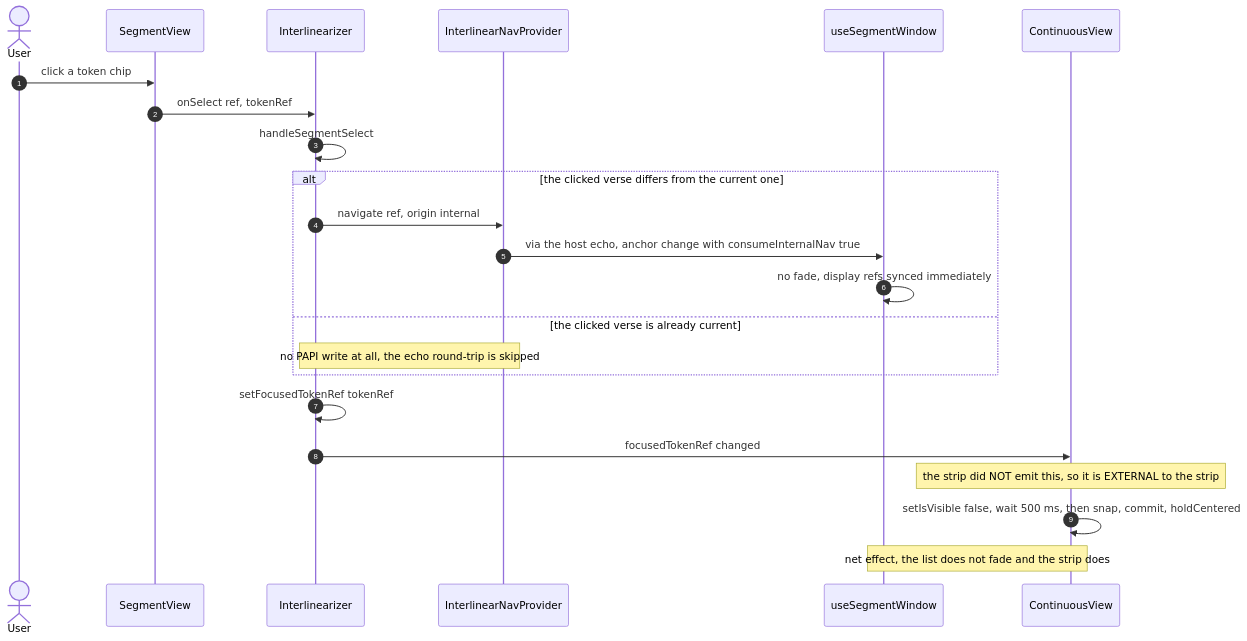
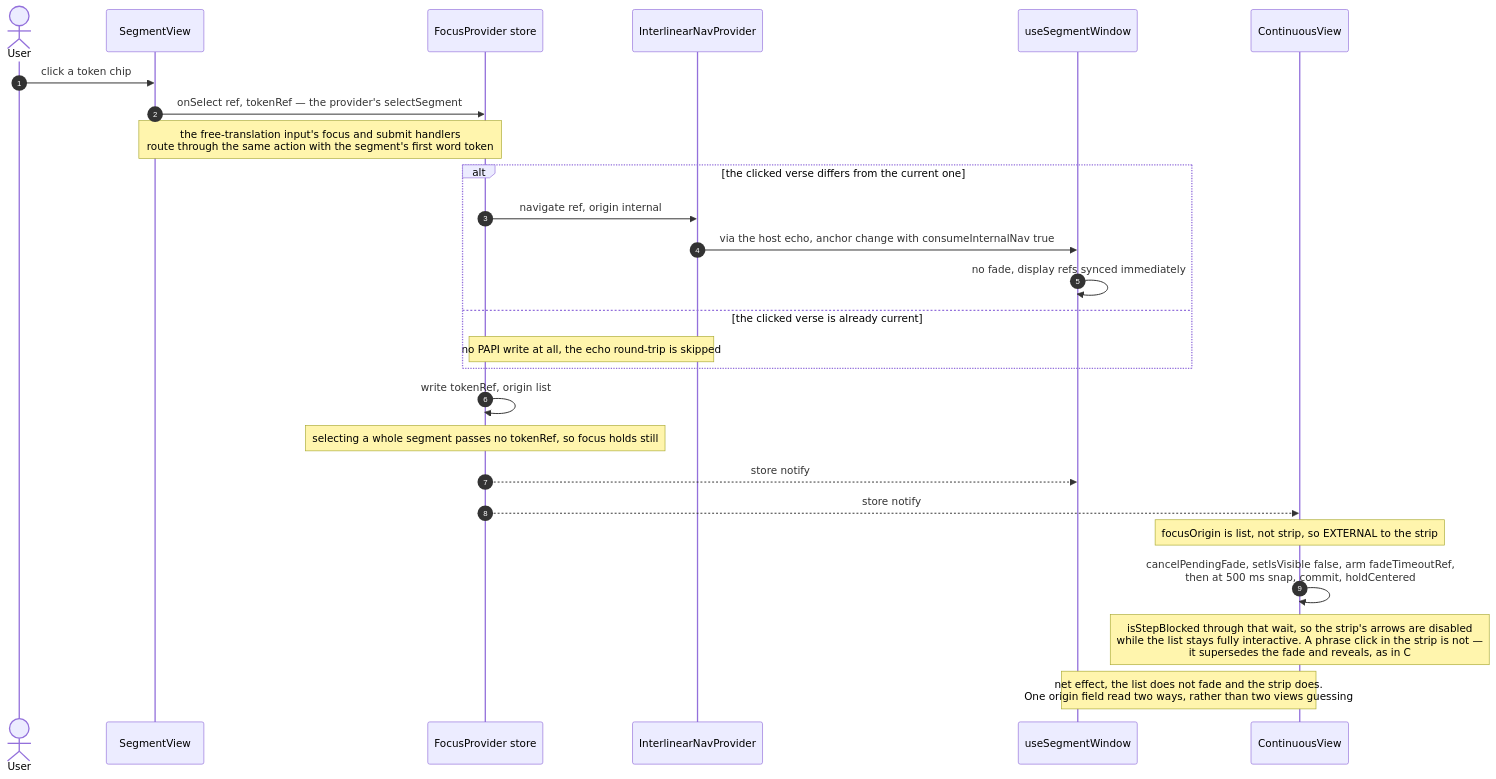
The fourth of 6 diagrams in docs/navigation/04-scenarios.md (sillsdev/interlinearizer-extension), drawn with Mermaid before and after one commit. The commit also changed other lines of this file and 3 other files, not shown here.

````diff
--- a/docs/navigation/04-scenarios.md
+++ b/docs/navigation/04-scenarios.md
@@ -148,28 +186,31 @@
 ```mermaid
 sequenceDiagram
     autonumber
     actor U as User
     participant SV as SegmentView
-    participant I as Interlinearizer
+    participant F as FocusProvider store
     participant N as InterlinearNavProvider
     participant W as useSegmentWindow
     participant S as ContinuousView
 
     U->>SV: click a token chip
-    SV->>I: onSelect ref, tokenRef
-    I->>I: handleSegmentSelect
+    SV->>F: onSelect ref, tokenRef — the provider's selectSegment
+    Note over SV,F: the free-translation input's focus and submit handlers<br/>route through the same action with the segment's first word token
 
     alt the clicked verse differs from the current one
-        I->>N: navigate ref, origin internal
+        F->>N: navigate ref, origin internal
         N->>W: via the host echo, anchor change with consumeInternalNav true
         W->>W: no fade, display refs synced immediately
     else the clicked verse is already current
-        Note over I,N: no PAPI write at all, the echo round-trip is skipped
+        Note over F,N: no PAPI write at all, the echo round-trip is skipped
     end
 
-    I->>I: setFocusedTokenRef tokenRef
-    I->>S: focusedTokenRef changed
-    Note over S: the strip did NOT emit this, so it is EXTERNAL to the strip
-    S->>S: setIsVisible false, wait 500 ms, then snap, commit, holdCentered
-    Note over W,S: net effect, the list does not fade and the strip does
+    F->>F: write tokenRef, origin list
+    Note over F: selecting a whole segment passes no tokenRef, so focus holds still
+    F-->>W: store notify
+    F-->>S: store notify
+    Note over S: focusOrigin is list, not strip, so EXTERNAL to the strip
+    S->>S: cancelPendingFade, setIsVisible false, arm fadeTimeoutRef,<br/>then at 500 ms snap, commit, holdCentered
+    Note over S: isStepBlocked through that wait, so the strip's arrows are disabled<br/>while the list stays fully interactive. A phrase click in the strip is not —<br/>it supersedes the fade and reveals, as in C
+    Note over W,S: net effect, the list does not fade and the strip does.<br/>One origin field read two ways, rather than two views guessing
 ```
````
